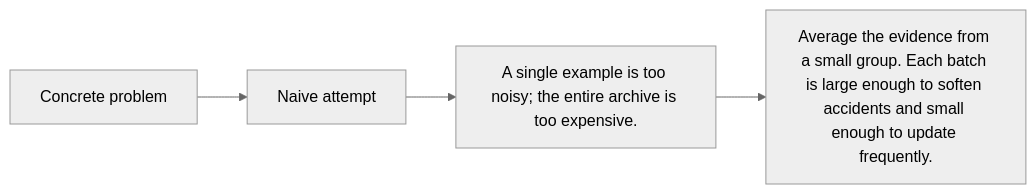
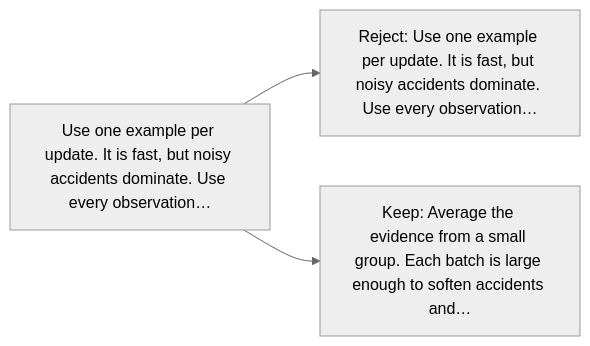
The diagram in excavations/026-mini-batches/diagram.md (kleem-labs/AI-Archaeology), drawn with Mermaid (neutral theme) before and after one commit. The commit also changed other lines of this file and 288 other files, not shown here.

````diff
--- a/excavations/026-mini-batches/diagram.md
+++ b/excavations/026-mini-batches/diagram.md
@@ -3,4 +5,5 @@
-~~~mermaid
+```mermaid
 flowchart LR
- A["Concrete problem"] --> B["Naive attempt"] --> C["A single example is too noisy; the entire archive is too expensive."] --> D["Average the evidence from a small group. Each batch is large enough to soften accidents and small enough to update frequently."]
-~~~
+    B["Use one example per update. It is fast, but noisy accidents dominate. Use every observation…"] --> A["Reject: Use one example per update. It is fast, but noisy accidents dominate. Use every observation…"]
+    B --> C["Keep: Average the evidence from a small group. Each batch is large enough to soften accidents and…"]
+```
````
